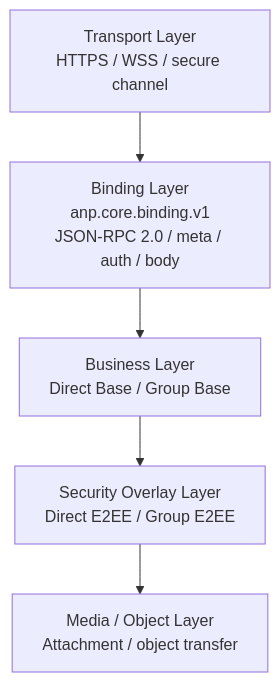
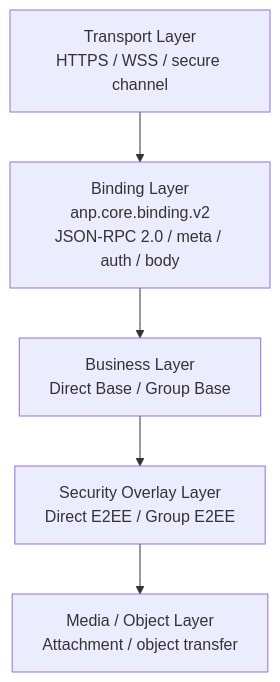
Before and after one commit to NeatNerdPrime/AgentNetworkProtocol: the first of 4 diagrams in message/vnext/01-core-binding.md, drawn with Mermaid. The commit also changed other lines of this file and 31 other files, not shown here.

````diff
--- a/message/vnext/01-core-binding.md
+++ b/message/vnext/01-core-binding.md
@@ -64,10 +68,10 @@
 ```mermaid
 flowchart TB
 T[Transport Layer<br/>HTTPS / WSS / secure channel]
-B[Binding Layer<br/>anp.core.binding.v1<br/>JSON-RPC 2.0 / meta / auth / body]
+B[Binding Layer<br/>anp.core.binding.v2<br/>JSON-RPC 2.0 / meta / auth / body]
 D[Business Layer<br/>Direct Base / Group Base]
 S[Security Overlay Layer<br/>Direct E2EE / Group E2EE]
 M[Media / Object Layer<br/>Attachment / object transfer]
 
 T --> B --> D --> S --> M
 ```
````
